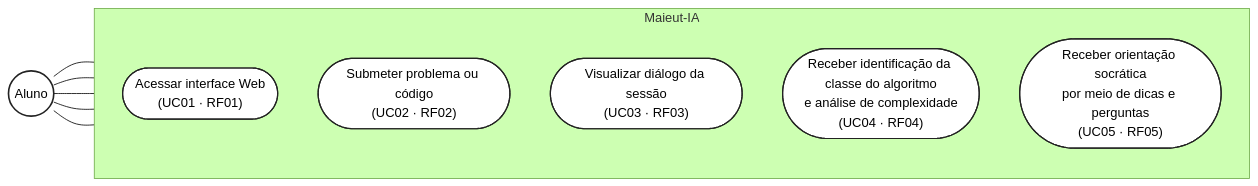
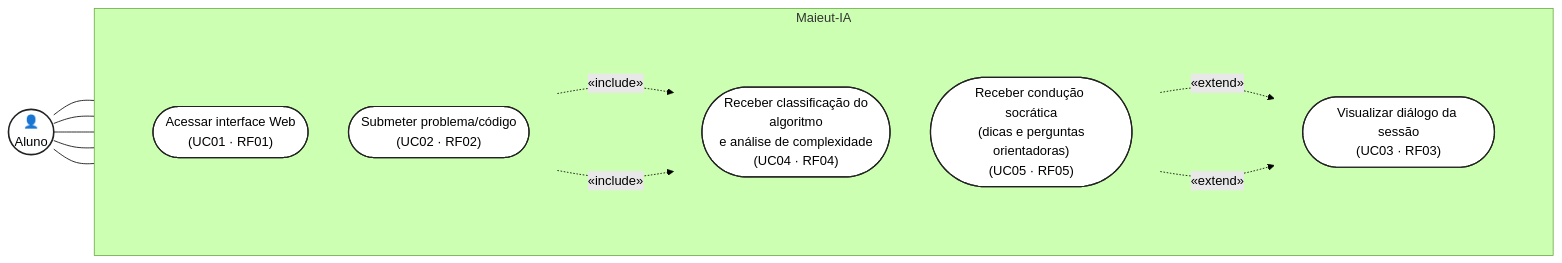
The diagram in docs/REQUISITOS.md (arthurbaltareler/MaieutIA), drawn with Mermaid (forest theme) before and after one commit.

Commit message:
Ajustes Diagrama de Casos de Uso

````diff
--- a/docs/REQUISITOS.md
+++ b/docs/REQUISITOS.md
@@ -70,30 +68,48 @@
 ```mermaid
 flowchart LR
-    Aluno(("Aluno"))
+
+    Aluno(("👤<br/>Aluno"))
 
     subgraph MaieutIA["Maieut-IA"]
-        direction TB
+        direction LR
 
-        UC01(["Acessar interface Web<br/>(UC01 · RF01)"])
-        UC02(["Submeter problema ou código<br/>(UC02 · RF02)"])
-        UC03(["Visualizar diálogo da sessão<br/>(UC03 · RF03)"])
-        UC04(["Receber identificação da classe do algoritmo<br/>e análise de complexidade<br/>(UC04 · RF04)"])
-        UC05(["Receber orientação socrática<br/>por meio de dicas e perguntas<br/>(UC05 · RF05)"])
+        subgraph COL1[" "]
+            direction TB
+            UC1(["Acessar interface Web<br/>(UC01 · RF01)"])
+            UC2(["Submeter problema/código<br/>(UC02 · RF02)"])
+        end
+
+        subgraph COL2[" "]
+            direction TB
+            UC4(["Receber classificação do<br/>algoritmo<br/>e análise de complexidade<br/>(UC04 · RF04)"])
+            UC5(["Receber condução socrática<br/>(dicas e perguntas<br/>orientadoras)<br/>(UC05 · RF05)"])
+        end
+
+        subgraph COL3[" "]
+            direction TB
+            UC3(["Visualizar diálogo da sessão<br/>(UC03 · RF03)"])
+        end
     end
 
-    Aluno --- UC01
-    Aluno --- UC02
-    Aluno --- UC03
-    Aluno --- UC04
-    Aluno --- UC05
+    Aluno --- UC1
+    Aluno --- UC2
+    Aluno --- UC4
+    Aluno --- UC5
+    Aluno --- UC3
+
+    UC2 -. "«include»" .-> UC4
+    UC2 -. "«include»" .-> UC5
+
+    UC4 -. "«extend»" .-> UC3
+    UC5 -. "«extend»" .-> UC3
 
     classDef actor fill:#ffffff,stroke:#222,stroke-width:2px
     classDef usecase fill:#ffffff,stroke:#222,stroke-width:1.5px
 
-    Aluno:::actor
-    UC01:::usecase
-    UC02:::usecase
-    UC03:::usecase
-    UC04:::usecase
-    UC05:::usecase
+    class Aluno actor
+    class UC1,UC2,UC3,UC4,UC5 usecase
+
+    style COL1 fill:none,stroke:none
+    style COL2 fill:none,stroke:none
+    style COL3 fill:none,stroke:none
 ```
````
